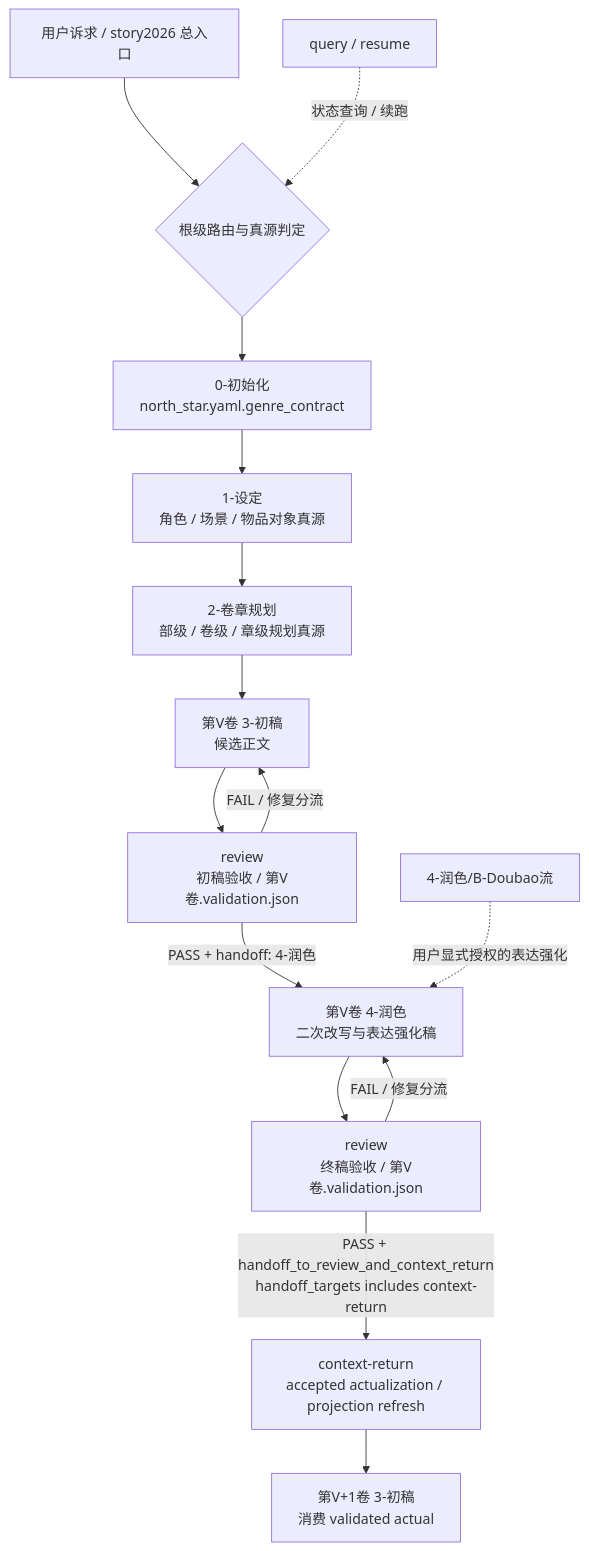
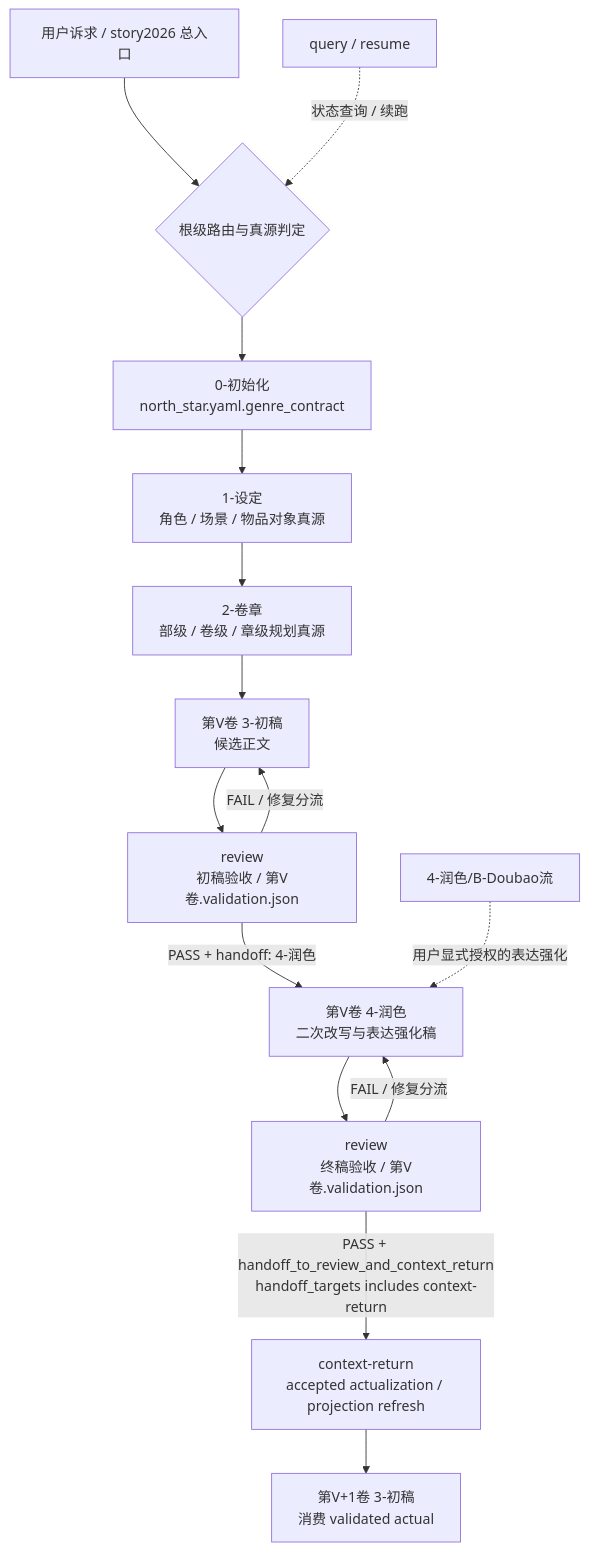
Before and after one commit to ZEN-VOID/AI-CUT: the diagram in .agents/skills/story/SKILL.md, drawn with Mermaid. The commit also changed other lines of this file and 158 other files, not shown here.

````diff
--- a/.agents/skills/story/SKILL.md
+++ b/.agents/skills/story/SKILL.md
@@ -130,17 +130,17 @@
 ```mermaid
 flowchart TD
     A["用户诉求 / story2026 总入口"] --> B{"根级路由与真源判定"}
     B --> C["0-初始化<br/>north_star.yaml.genre_contract"]
     C --> D["1-设定<br/>角色 / 场景 / 物品对象真源"]
-    D --> E["2-卷章规划<br/>部级 / 卷级 / 章级规划真源"]
+    D --> E["2-卷章<br/>部级 / 卷级 / 章级规划真源"]
     E --> F["第V卷 3-初稿<br/>候选正文"]
     F --> G1["review<br/>初稿验收 / 第V卷.validation.json"]
     G1 -->|"FAIL / 修复分流"| F
     G1 -->|"PASS + handoff: 4-润色"| H["第V卷 4-润色<br/>二次改写与表达强化稿"]
     H --> G2["review<br/>终稿验收 / 第V卷.validation.json"]
     G2 -->|"FAIL / 修复分流"| H
     G2 -->|"PASS + handoff_to_review_and_context_return<br/>handoff_targets includes context-return"| I["context-return<br/>accepted actualization / projection refresh"]
     I --> L["第V+1卷 3-初稿<br/>消费 validated actual"]
     J["query / resume"] -.状态查询 / 续跑.-> B
     K["4-润色/B-Doubao流"] -.用户显式授权的表达强化.-> H
 ```
````
